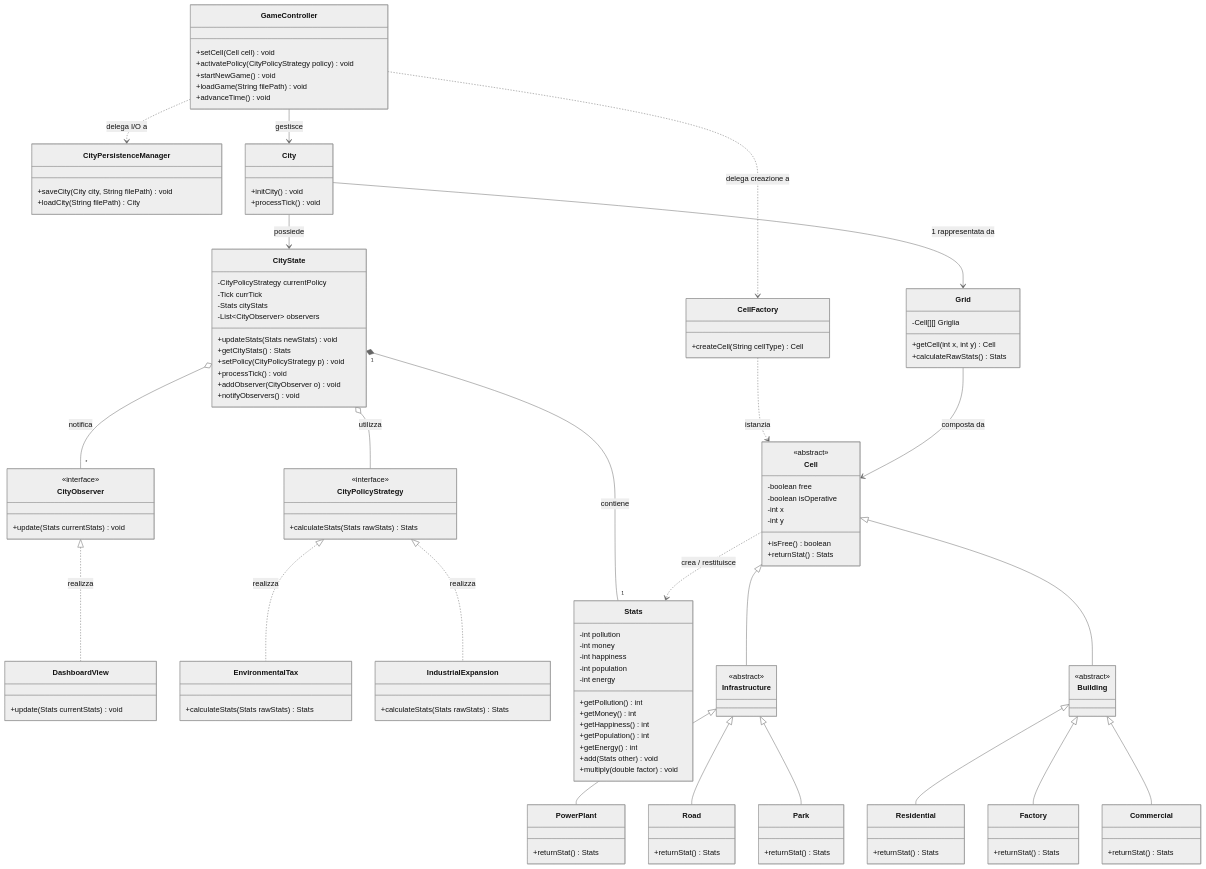
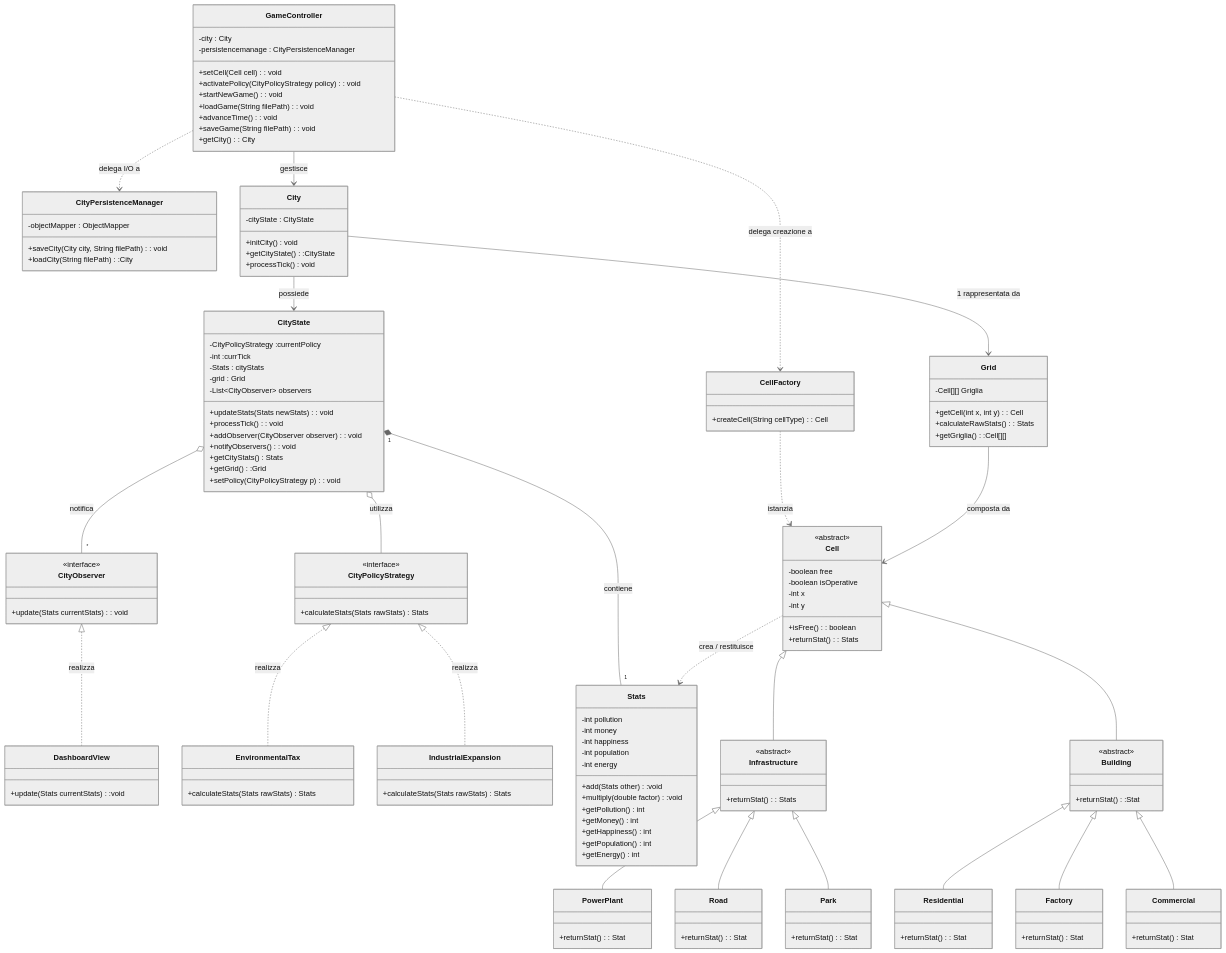
Before and after one commit to andreatoson3-netizen/Amatriciana: the diagram in docs/design-class-model.md, drawn with Mermaid (neutral theme).

```diff
--- a/docs/design-class-model.md
+++ b/docs/design-class-model.md
@@ -7,47 +7,57 @@
     %% ==========================================
 
     class GameController {
-        +setCell(Cell cell) void
-        +activatePolicy(CityPolicyStrategy policy) void
-        +startNewGame() void
-        +loadGame(String filePath) void
-        +advanceTime() void
+        -city : City
+        -persistencemanage : CityPersistenceManager
+        +setCell(Cell cell) : void
+        +activatePolicy(CityPolicyStrategy policy): void
+        +startNewGame() : void
+        +loadGame(String filePath) : void
+        +advanceTime() : void
+        +saveGame(String filePath): void
+        +getCity() : City
     }
 
     class CellFactory {
-        +createCell(String cellType) Cell
+        +createCell(String cellType):  Cell
     }
 
     class CityPersistenceManager {
-        +saveCity(City city, String filePath) void
-        +loadCity(String filePath) City
+        -objectMapper : ObjectMapper
+        +saveCity(City city, String filePath): void
+        +loadCity(String filePath) :City
     }
 
     class CityObserver {
         <<interface>>
-        +update(Stats currentStats) void
+        +update(Stats currentStats): void
     }
 
     class DashboardView {
-        +update(Stats currentStats) void
+        +update(Stats currentStats) :void
     }
 
     class City {
+        -cityState : CityState 
         +initCity() void
+        +getCityState():CityState
         +processTick() void
     }
     
     class CityState {
-        -CityPolicyStrategy currentPolicy
-        -Tick currTick
-        -Stats cityStats
+        -CityPolicyStrategy :currentPolicy
+        -int :currTick
+        -Stats : cityStats
+        -grid : Grid
         -List~CityObserver~ observers
-        +updateStats(Stats newStats) void
+        +updateStats(Stats newStats): void
+        +processTick(): void
+        +addObserver(CityObserver observer): void
+         +notifyObservers(): void
         +getCityStats() Stats
-        +setPolicy(CityPolicyStrategy p) void
-        +processTick() void
-        +addObserver(CityObserver o) void
-        +notifyObservers() void
+        +getGrid() :Grid
+        +setPolicy(CityPolicyStrategy p): void
+       
     }
 
     class CityPolicyStrategy {
@@ -65,8 +75,9 @@
 
     class Grid {
         -Cell[][] Griglia
-        +getCell(int x, int y) Cell
-        +calculateRawStats() Stats
+        +getCell(int x, int y) : Cell
+        +calculateRawStats() : Stats
+        +getGriglia():Cell[][]
     }
 
     class Cell {
@@ -75,8 +86,9 @@
         -boolean isOperative
         -int x
         -int y
-        +isFree() boolean
-        +returnStat() Stats
+        +isFree(): boolean
+        +returnStat(): Stats
+        
     }
 
     class Stats {
@@ -85,45 +97,48 @@
         -int happiness
         -int population
         -int energy
+        +add(Stats other) :void
+        +multiply(double factor):void
         +getPollution() int
         +getMoney() int
         +getHappiness() int
         +getPopulation() int
         +getEnergy() int
-        +add(Stats other) void
-        +multiply(double factor) void
-    }
+        
+   }
 
     class Infrastructure {
         <<abstract>>
+        +returnStat() : Stats
     }
     
     class Building {
         <<abstract>>
+      +returnStat():Stat
     }
 
     class PowerPlant {
-        +returnStat() Stats
+        +returnStat() : Stat
     }
     
     class Road {
-        +returnStat() Stats
+        +returnStat(): Stat
     }
     
     class Park {
-        +returnStat() Stats
+        +returnStat(): Stat
     }
 
     class Residential {
-        +returnStat() Stats
+        +returnStat(): Stat
     }
     
     class Factory {
-        +returnStat() Stats
+        +returnStat() Stat
     }
     
     class Commercial {
-        +returnStat() Stats
+        +returnStat() Stat
     }
 
     %% ==========================================
```
